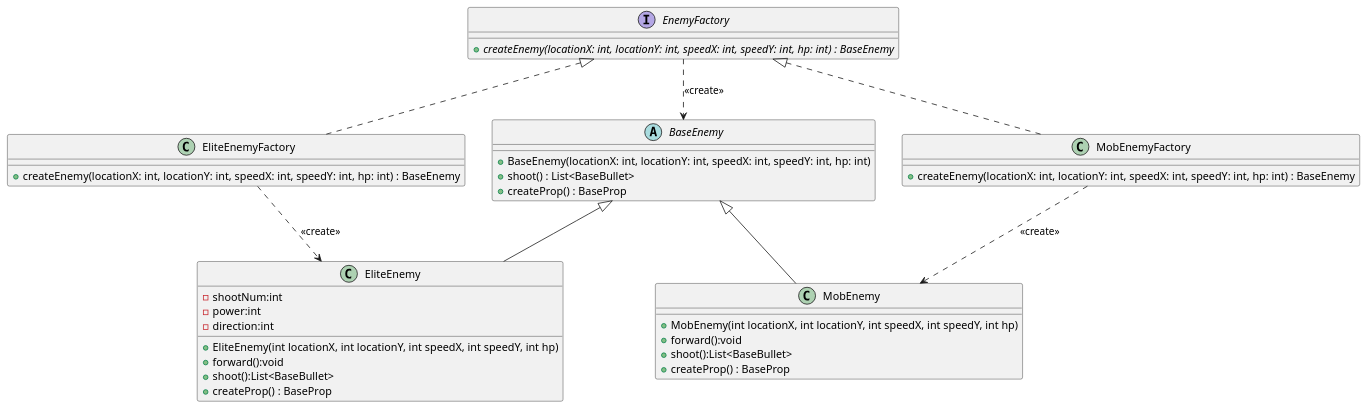
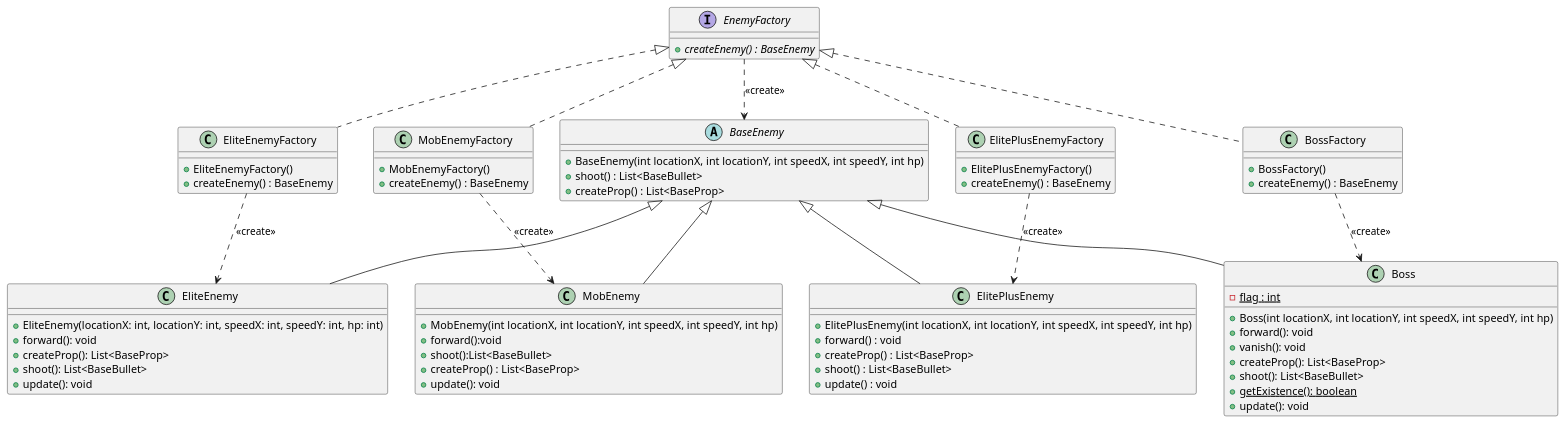
The diagram in uml/enemyfactory.puml (ziye26/aircraftwar), drawn with PlantUML before and after one commit. The commit also changed 39 other files, not shown here.

```diff
--- a/uml/enemyfactory.puml
+++ b/uml/enemyfactory.puml
@@ -1,58 +1,92 @@
 @startuml
 ' 设置类的样式
 
 interface EnemyFactory {
-    + {abstract} createEnemy(locationX: int, locationY: int, speedX: int, speedY: int, hp: int) : BaseEnemy
+    + {abstract} createEnemy() : BaseEnemy
 }
 
 class EliteEnemyFactory {
-    + createEnemy(locationX: int, locationY: int, speedX: int, speedY: int, hp: int) : BaseEnemy
+    + EliteEnemyFactory()
+    + createEnemy() : BaseEnemy
 }
 
 class MobEnemyFactory {
-    + createEnemy(locationX: int, locationY: int, speedX: int, speedY: int, hp: int) : BaseEnemy
+    + MobEnemyFactory()
+    + createEnemy() : BaseEnemy
+}
+
+class ElitePlusEnemyFactory implements EnemyFactory {
+    + ElitePlusEnemyFactory()
+    + createEnemy() : BaseEnemy
 }
 
 
 abstract class BaseEnemy {
-    + BaseEnemy(locationX: int, locationY: int, speedX: int, speedY: int, hp: int)
+    + BaseEnemy(int locationX, int locationY, int speedX, int speedY, int hp)
     + shoot() : List<BaseBullet>
-    + createProp() : BaseProp
+    + createProp() : List<BaseProp>
 }
 
 
+
+
 class EliteEnemy {
-    - shootNum:int
-    - power:int
-    - direction:int
-    + EliteEnemy(int locationX, int locationY, int speedX, int speedY, int hp)
-    + forward():void
-    + shoot():List<BaseBullet>
-    + createProp() : BaseProp
+    +EliteEnemy(locationX: int, locationY: int, speedX: int, speedY: int, hp: int)
+    +forward(): void
+    +createProp(): List<BaseProp>
+    +shoot(): List<BaseBullet>
+    +update(): void
+}
+
+class Boss extends BaseEnemy {
+    - {static} flag : int
+
+    + Boss(int locationX, int locationY, int speedX, int speedY, int hp)
+    + forward(): void
+    + vanish(): void
+    + createProp(): List<BaseProp>
+    + shoot(): List<BaseBullet>
+    + {static} getExistence(): boolean
+    + update(): void
+}
+class ElitePlusEnemy extends BaseEnemy {
+    + ElitePlusEnemy(int locationX, int locationY, int speedX, int speedY, int hp)
+    + forward() : void
+    + createProp() : List<BaseProp>
+    + shoot() : List<BaseBullet>
+    + update() : void
+}
+
+class BossFactory implements EnemyFactory {
+    +BossFactory()
+    +createEnemy() : BaseEnemy
 }
 
 
 BaseEnemy <|-- EliteEnemy
 class MobEnemy {
     + MobEnemy(int locationX, int locationY, int speedX, int speedY, int hp)
     + forward():void
     + shoot():List<BaseBullet>
-    + createProp() : BaseProp
+    + createProp() : List<BaseProp>
+    +update(): void
 }
 BaseEnemy <|-- MobEnemy
 
 
 ' 继承关系
 
 
 EnemyFactory <|.. EliteEnemyFactory
 EnemyFactory <|.. MobEnemyFactory
 ' 工厂模式示意
 
 
 EliteEnemyFactory ..> EliteEnemy : <<create>>
 MobEnemyFactory ..> MobEnemy : <<create>>
 EnemyFactory ..> BaseEnemy : <<create>>
+BossFactory ..> Boss : <<create>>
+ElitePlusEnemyFactory ..> ElitePlusEnemy : <<create>>
 
 
 @enduml
```
